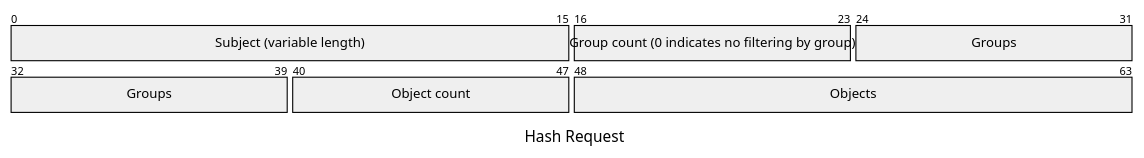
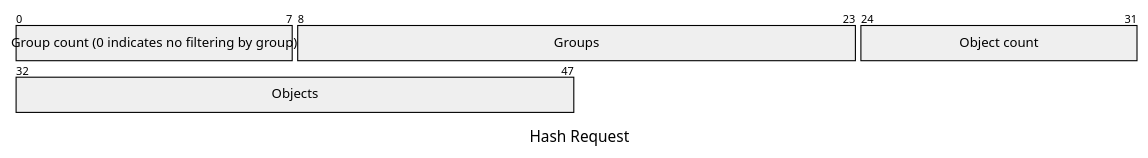
One commit to xmidt-org/hashy changed the second of 5 diagrams in README.md. Above: the diagram before and after it, drawn with Mermaid. The commit also changed other lines of this file, not shown here.

````diff
--- a/README.md
+++ b/README.md
@@ -92,11 +92,10 @@
 ```mermaid
 ---
 title: "Hash Request"
 ---
 packet
-+16: "Subject (variable length)"
 +8: "Group count (0 indicates no filtering by group)"
 +16: "Groups"
 +8: "Object count"
 +16: "Objects"
 ```
````
